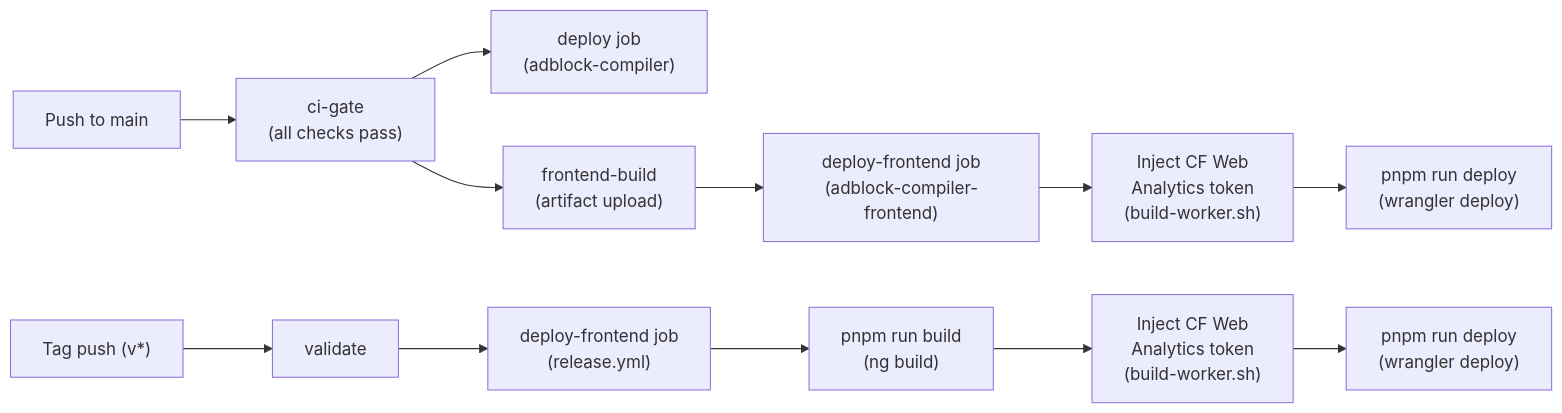
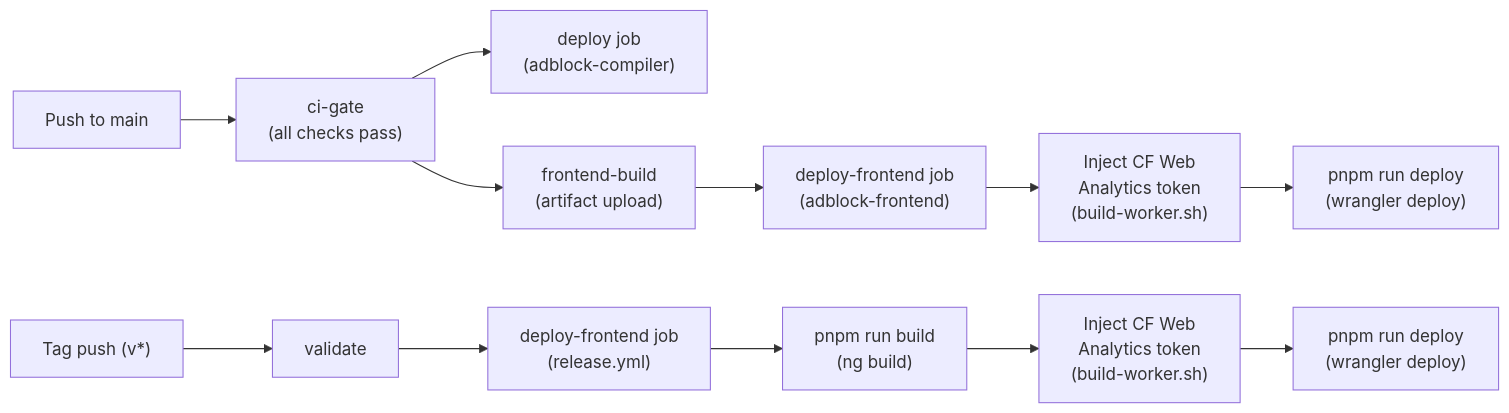
One commit to jaypatrick/adblock-compiler changed the fourth of 4 diagrams in docs/deployment/CLOUDFLARE_WORKERS_ARCHITECTURE.md. Above: the diagram before and after it, drawn with Mermaid. The commit also changed other lines of this file and 9 other files, not shown here.

First line of the commit message:
chore: rename Cloudflare frontend Worker from adblock-compiler-frontend to adblock-frontend

````diff
--- a/docs/deployment/CLOUDFLARE_WORKERS_ARCHITECTURE.md
+++ b/docs/deployment/CLOUDFLARE_WORKERS_ARCHITECTURE.md
@@ -193,15 +193,15 @@
 ```mermaid
 flowchart LR
     push["Push to main"] --> ci_gate["ci-gate\n(all checks pass)"]
     ci_gate --> deploy_backend["deploy job\n(adblock-compiler)"]
     ci_gate --> frontend_build["frontend-build\n(artifact upload)"]
-    frontend_build --> deploy_frontend["deploy-frontend job\n(adblock-compiler-frontend)"]
+    frontend_build --> deploy_frontend["deploy-frontend job\n(adblock-frontend)"]
     deploy_frontend --> inject["Inject CF Web\nAnalytics token\n(build-worker.sh)"]
     inject --> wrangler_deploy["pnpm run deploy\n(wrangler deploy)"]
 
     tag["Tag push (v*)"] --> validate["validate"]
     validate --> deploy_frontend_rel["deploy-frontend job\n(release.yml)"]
     deploy_frontend_rel --> build_rel["pnpm run build\n(ng build)"]
     build_rel --> inject_rel["Inject CF Web\nAnalytics token\n(build-worker.sh)"]
     inject_rel --> wrangler_rel["pnpm run deploy\n(wrangler deploy)"]
 ```
````
